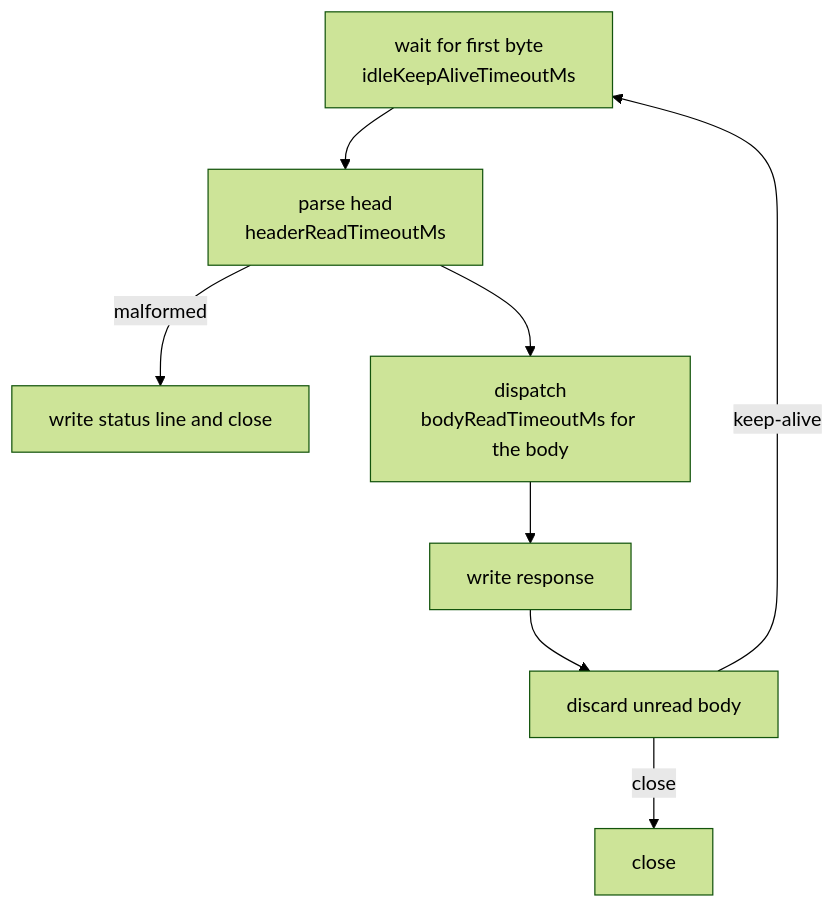
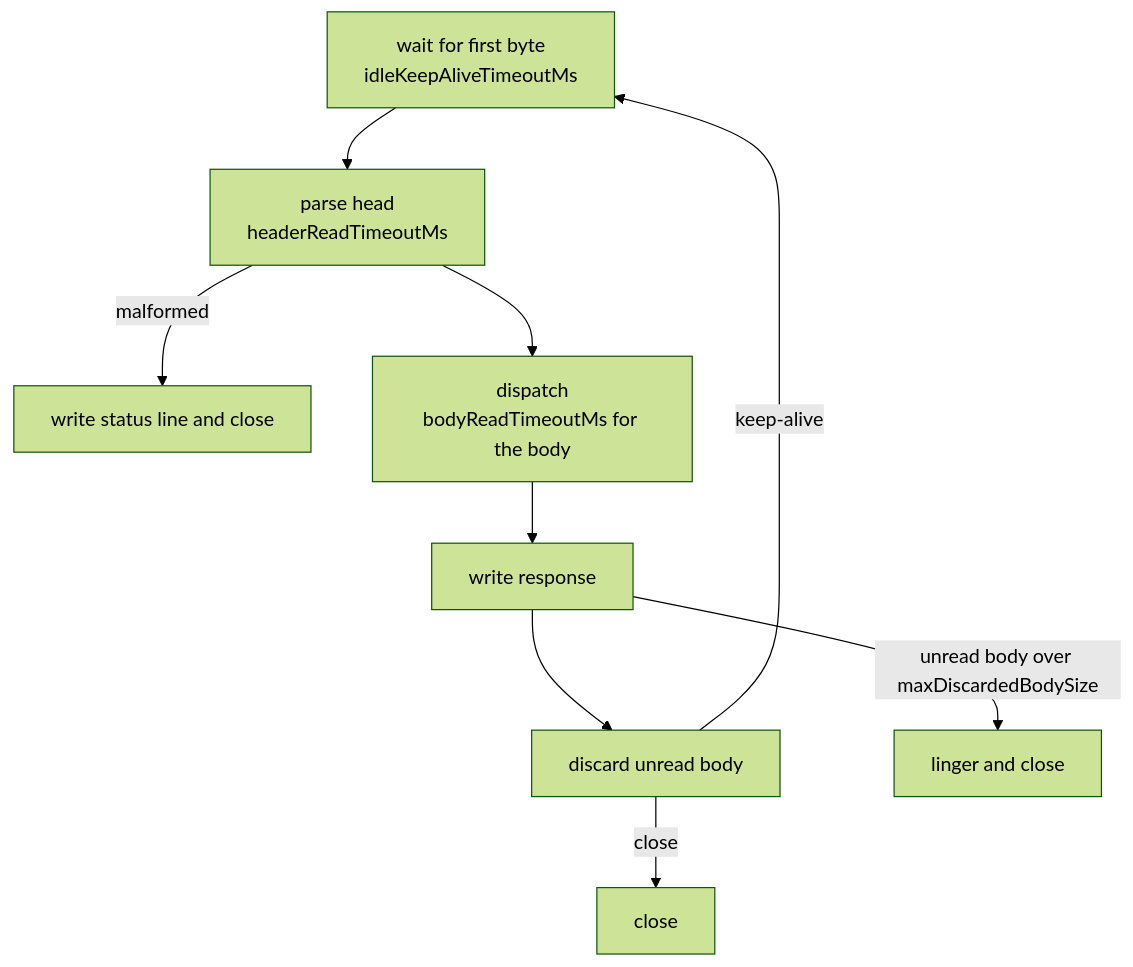
One commit to Relism/Flash changed the diagram in flash/docs/http1.md. Above: the diagram before and after it, drawn with Mermaid (forest theme). The commit also changed other lines of this file and 119 other files, not shown here.

````diff
--- a/flash/docs/http1.md
+++ b/flash/docs/http1.md
@@ -9,10 +9,11 @@
 ```mermaid
 flowchart TD
     A[wait for first byte<br/>idleKeepAliveTimeoutMs] --> B[parse head<br/>headerReadTimeoutMs]
     B -->|malformed| X[write status line and close]
     B --> C[dispatch<br/>bodyReadTimeoutMs for the body]
     C --> D[write response]
     D --> E[discard unread body]
+    D -->|unread body over maxDiscardedBodySize| L[linger and close]
     E -->|keep-alive| A
     E -->|close| Z[close]
 ```
````
